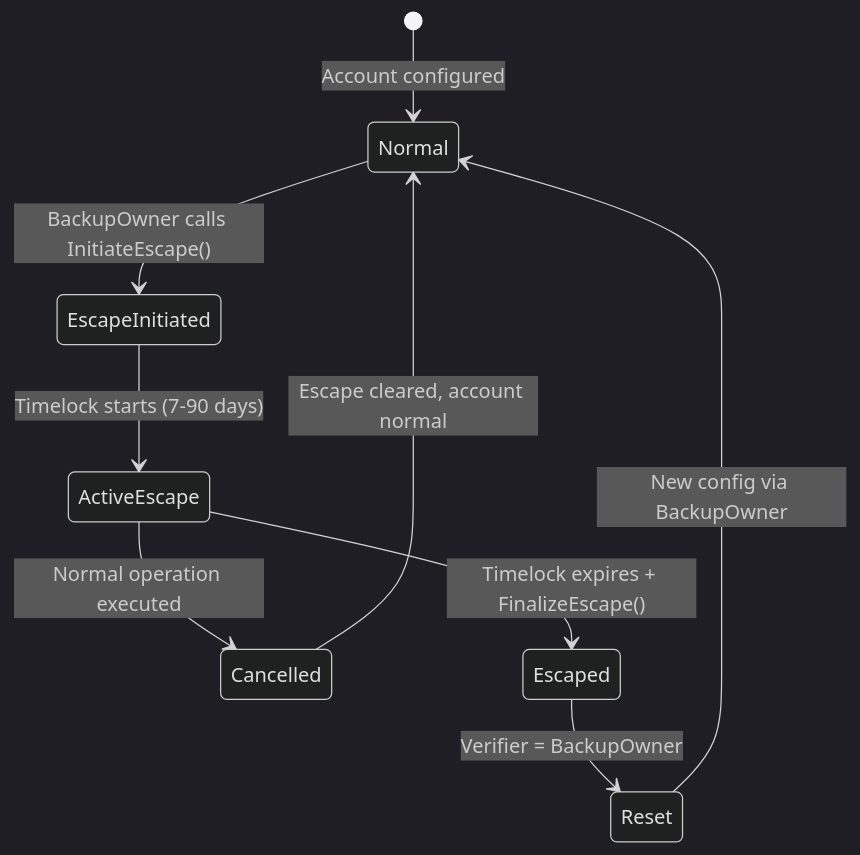
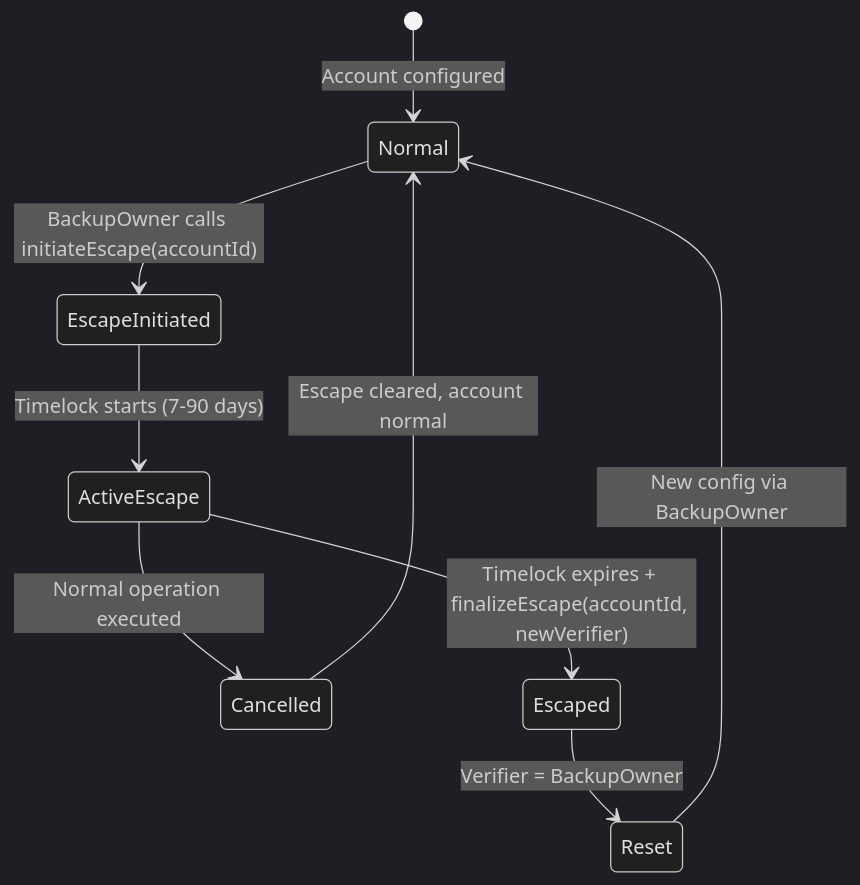
Before and after one commit to RustForNeo/neo-os-aa: the second of 2 diagrams in docs/SECURITY_MODEL.md, drawn with Mermaid (dark theme). The commit also changed other lines of this file and 4 other files, not shown here.

````diff
--- a/docs/SECURITY_MODEL.md
+++ b/docs/SECURITY_MODEL.md
@@ -548,11 +548,11 @@
 ```mermaid
 stateDiagram-v2
     [*] --> Normal: Account configured
-    Normal --> EscapeInitiated: BackupOwner calls InitiateEscape()
+    Normal --> EscapeInitiated: BackupOwner calls initiateEscape(accountId)
     EscapeInitiated --> ActiveEscape: Timelock starts (7-90 days)
     ActiveEscape --> Cancelled: Normal operation executed
-    ActiveEscape --> Escaped: Timelock expires + FinalizeEscape()
+    ActiveEscape --> Escaped: Timelock expires + finalizeEscape(accountId, newVerifier)
     Cancelled --> Normal: Escape cleared, account normal
     Escaped --> Reset: Verifier = BackupOwner
     Reset --> Normal: New config via BackupOwner
 ```
````
